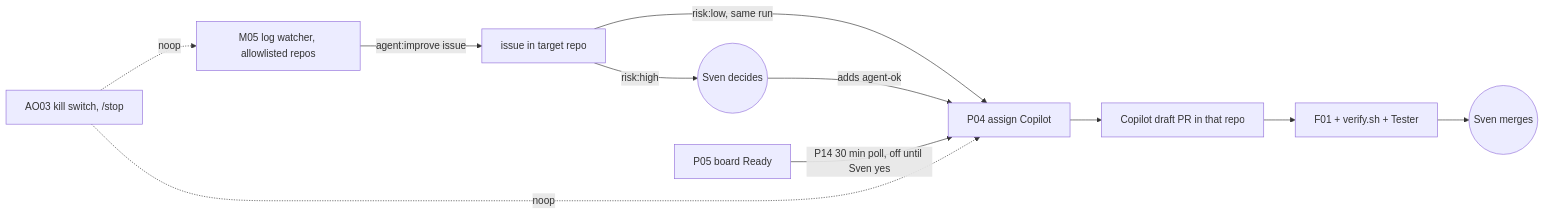
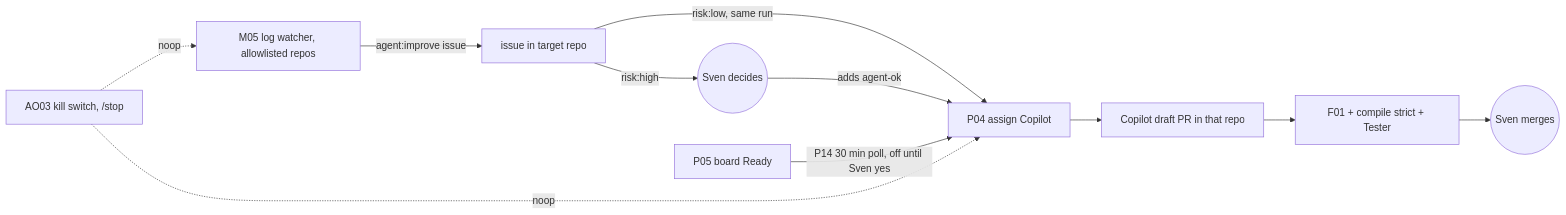
Before and after one commit to svennijhuis/agentic-workflows: the second of 2 diagrams in docs/pbi/README.md, drawn with Mermaid. The commit also changed other lines of this file and 986 other files, not shown here.

Commit message:
Cleanup: trust gh aw compile --strict, keep POL25 and POL31 (#28)

````diff
--- a/docs/pbi/README.md
+++ b/docs/pbi/README.md
@@ -59,10 +60,10 @@
 ```mermaid
 flowchart LR
-  M05[M05 log watcher, allowlisted repos] -->|agent:improve issue| I[issue in target repo]
-  I -->|risk:low, same run| P04[P04 assign Copilot]
-  I -->|risk:high| S((Sven decides))
-  S -->|adds agent-ok| P04
-  BRD[P05 board Ready] -->|P14 30 min poll, off until Sven yes| P04
-  P04 --> PR[Copilot draft PR in that repo] --> RV[F01 + verify.sh + Tester] --> MG((Sven merges))
-  KS[AO03 kill switch, /stop] -.noop.-> M05 & P04
+M05[M05 log watcher, allowlisted repos] -->|agent:improve issue| I[issue in target repo]
+I -->|risk:low, same run| P04[P04 assign Copilot]
+I -->|risk:high| S((Sven decides))
+S -->|adds agent-ok| P04
+BRD[P05 board Ready] -->|P14 30 min poll, off until Sven yes| P04
+P04 --> PR[Copilot draft PR in that repo] --> RV[F01 + compile strict + Tester] --> MG((Sven merges))
+KS[AO03 kill switch, /stop] -.noop.-> M05 & P04
 ```
````
